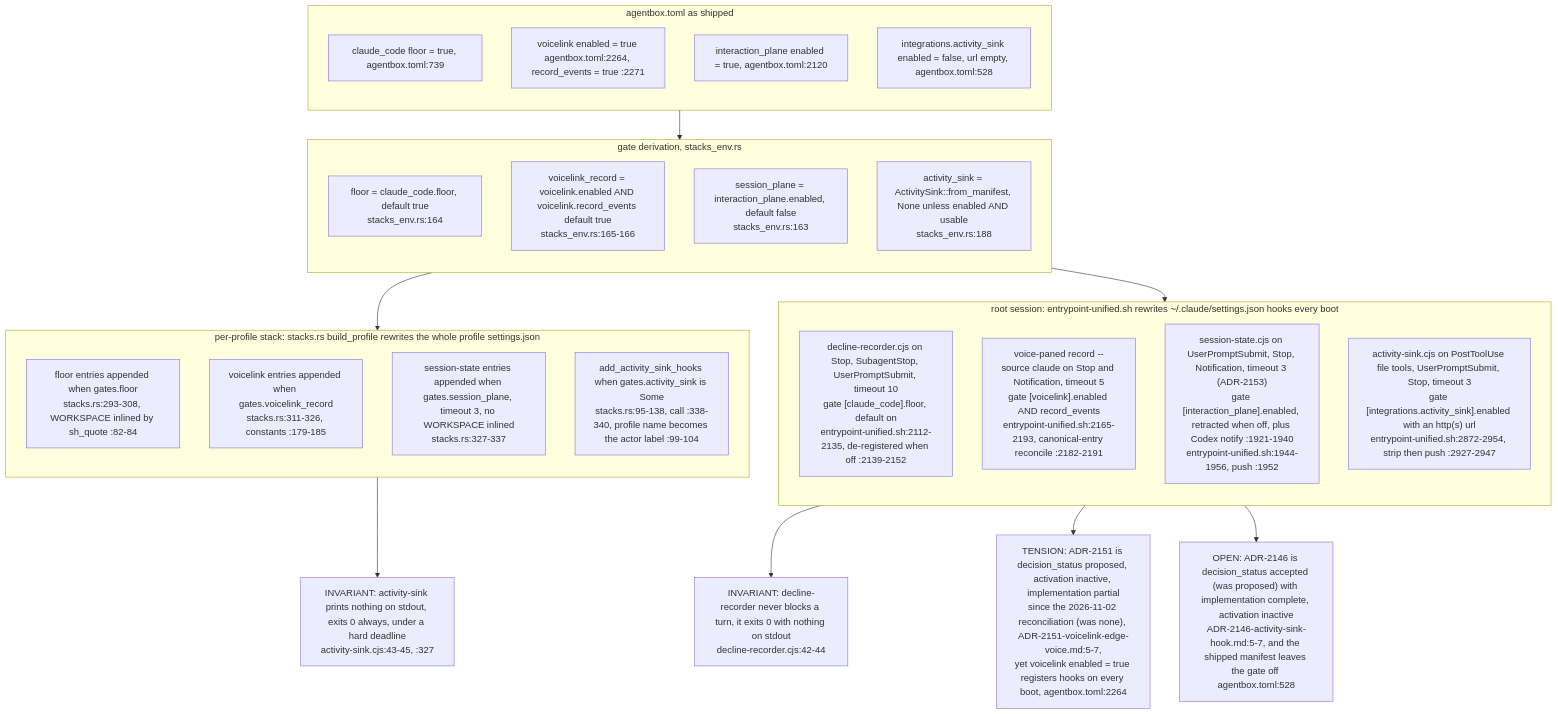
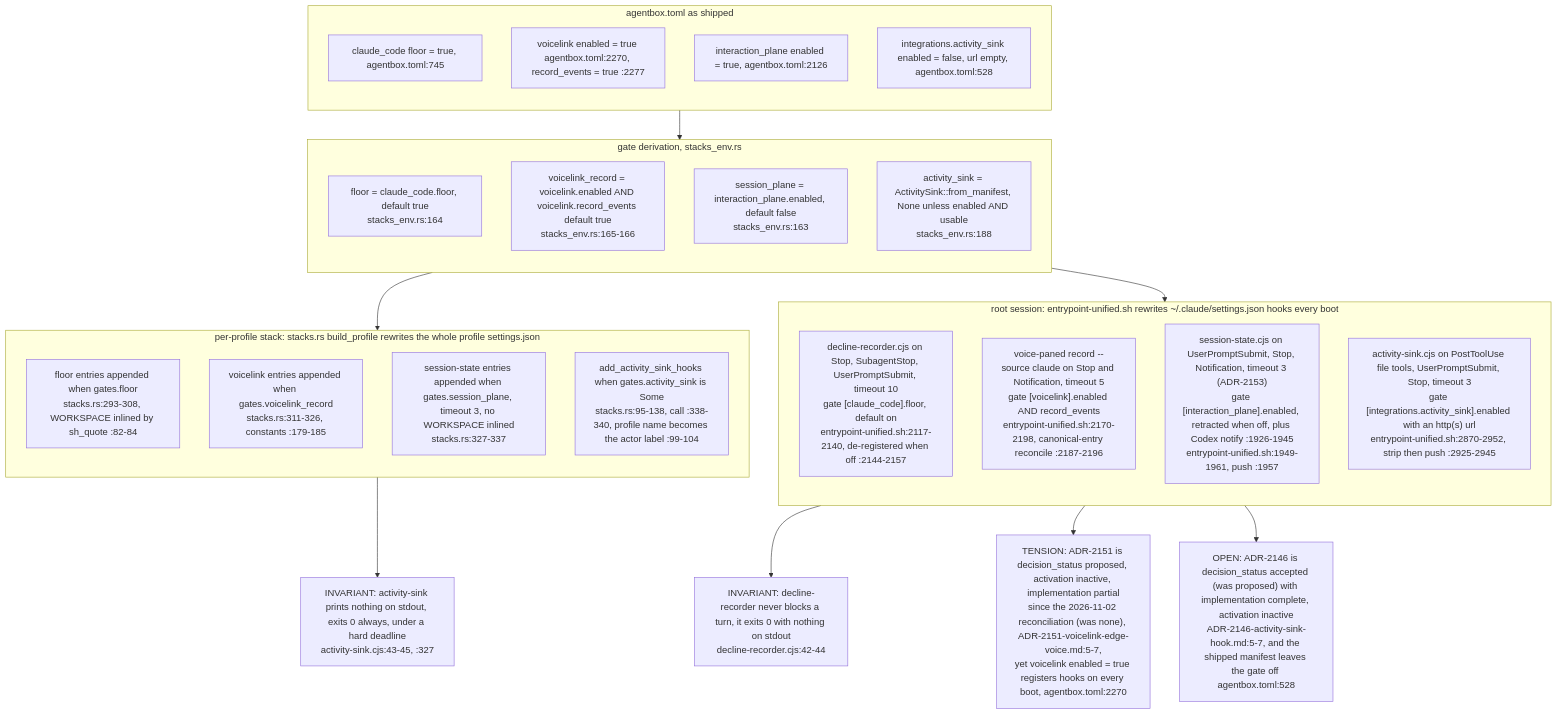
One commit to DreamLab-AI/VisionFlow changed diagram 13 of 13 in docs/diagrams/agentbox/08-hooks-pipeline.md. Above: the diagram before and after it, drawn with Mermaid. The commit also changed other lines of this file and 36 other files, not shown here.

First line of the commit message:
docs(diagrams): re-derive and re-stamp agentbox, dream-engine, visioncraft, visiontouch and vowl topics; drop LAN addresses

````diff
--- a/docs/diagrams/agentbox/08-hooks-pipeline.md
+++ b/docs/diagrams/agentbox/08-hooks-pipeline.md
@@ -594,41 +594,41 @@
 ```mermaid
 flowchart TB
     subgraph ROOT["root session: entrypoint-unified.sh rewrites ~/.claude/settings.json hooks every boot"]
     direction TB
-    R1["decline-recorder.cjs on Stop, SubagentStop, UserPromptSubmit, timeout 10<br/>gate [claude_code].floor, default on<br/>entrypoint-unified.sh:2112-2135, de-registered when off :2139-2152"]
-    R2["voice-paned record --source claude on Stop and Notification, timeout 5<br/>gate [voicelink].enabled AND record_events<br/>entrypoint-unified.sh:2165-2193, canonical-entry reconcile :2182-2191"]
-    R4["session-state.cjs on UserPromptSubmit, Stop, Notification, timeout 3 (ADR-2153)<br/>gate [interaction_plane].enabled, retracted when off, plus Codex notify :1921-1940<br/>entrypoint-unified.sh:1944-1956, push :1952"]
-    R3["activity-sink.cjs on PostToolUse file tools, UserPromptSubmit, Stop, timeout 3<br/>gate [integrations.activity_sink].enabled with an http(s) url<br/>entrypoint-unified.sh:2872-2954, strip then push :2927-2947"]
+    R1["decline-recorder.cjs on Stop, SubagentStop, UserPromptSubmit, timeout 10<br/>gate [claude_code].floor, default on<br/>entrypoint-unified.sh:2117-2140, de-registered when off :2144-2157"]
+    R2["voice-paned record --source claude on Stop and Notification, timeout 5<br/>gate [voicelink].enabled AND record_events<br/>entrypoint-unified.sh:2170-2198, canonical-entry reconcile :2187-2196"]
+    R4["session-state.cjs on UserPromptSubmit, Stop, Notification, timeout 3 (ADR-2153)<br/>gate [interaction_plane].enabled, retracted when off, plus Codex notify :1926-1945<br/>entrypoint-unified.sh:1949-1961, push :1957"]
+    R3["activity-sink.cjs on PostToolUse file tools, UserPromptSubmit, Stop, timeout 3<br/>gate [integrations.activity_sink].enabled with an http(s) url<br/>entrypoint-unified.sh:2870-2952, strip then push :2925-2945"]
     end
     subgraph PROF["per-profile stack: stacks.rs build_profile rewrites the whole profile settings.json"]
     direction TB
     P1["floor entries appended when gates.floor<br/>stacks.rs:293-308, WORKSPACE inlined by sh_quote :82-84"]
     P2["voicelink entries appended when gates.voicelink_record<br/>stacks.rs:311-326, constants :179-185"]
     P4["session-state entries appended when gates.session_plane, timeout 3, no WORKSPACE inlined<br/>stacks.rs:327-337"]
     P3["add_activity_sink_hooks when gates.activity_sink is Some<br/>stacks.rs:95-138, call :338-340, profile name becomes the actor label :99-104"]
     end
     subgraph GATE["gate derivation, stacks_env.rs"]
     direction TB
     G1["floor = claude_code.floor, default true<br/>stacks_env.rs:164"]
     G2["voicelink_record = voicelink.enabled AND voicelink.record_events default true<br/>stacks_env.rs:165-166"]
     G4["session_plane = interaction_plane.enabled, default false<br/>stacks_env.rs:163"]
     G3["activity_sink = ActivitySink::from_manifest, None unless enabled AND usable<br/>stacks_env.rs:188"]
     end
     subgraph MAN["agentbox.toml as shipped"]
     direction TB
-    M1["claude_code floor = true, agentbox.toml:739"]
-    M2["voicelink enabled = true agentbox.toml:2264, record_events = true :2271"]
-    M4["interaction_plane enabled = true, agentbox.toml:2120"]
+    M1["claude_code floor = true, agentbox.toml:745"]
+    M2["voicelink enabled = true agentbox.toml:2270, record_events = true :2277"]
+    M4["interaction_plane enabled = true, agentbox.toml:2126"]
     M3["integrations.activity_sink enabled = false, url empty, agentbox.toml:528"]
     end
     MAN --> GATE --> PROF
     GATE --> ROOT
     NOTE1["INVARIANT: decline-recorder never blocks a turn, it exits 0 with nothing on stdout<br/>decline-recorder.cjs:42-44"]
     NOTE2["INVARIANT: activity-sink prints nothing on stdout, exits 0 always, under a hard deadline<br/>activity-sink.cjs:43-45, :327"]
-    NOTE3["TENSION: ADR-2151 is decision_status proposed, activation inactive, implementation partial<br/>since the 2026-11-02 reconciliation (was none), ADR-2151-voicelink-edge-voice.md:5-7,<br/>yet voicelink enabled = true registers hooks on every boot, agentbox.toml:2264"]
+    NOTE3["TENSION: ADR-2151 is decision_status proposed, activation inactive, implementation partial<br/>since the 2026-11-02 reconciliation (was none), ADR-2151-voicelink-edge-voice.md:5-7,<br/>yet voicelink enabled = true registers hooks on every boot, agentbox.toml:2270"]
     NOTE4["OPEN: ADR-2146 is decision_status accepted (was proposed) with implementation complete, activation inactive<br/>ADR-2146-activity-sink-hook.md:5-7, and the shipped manifest leaves the gate off agentbox.toml:528"]
     ROOT --> NOTE1
     PROF --> NOTE2
     ROOT --> NOTE3
     ROOT --> NOTE4
 ```
````
